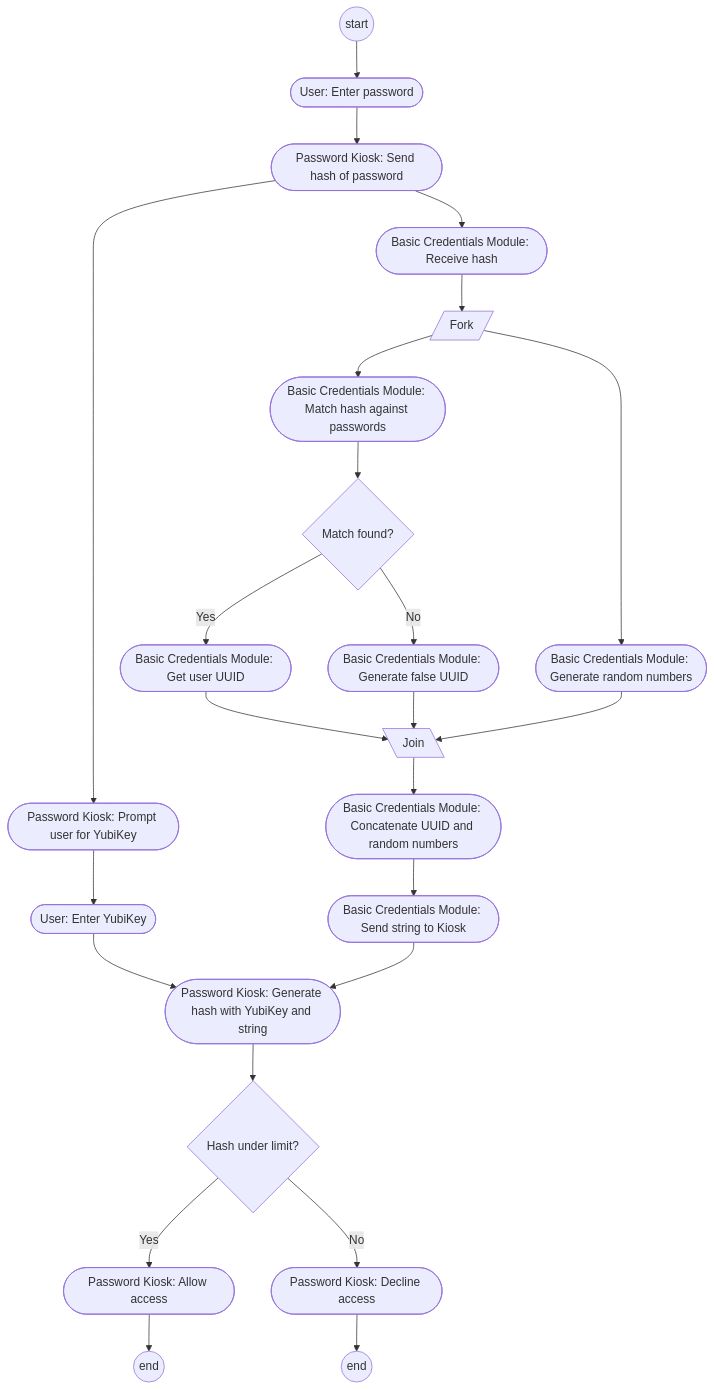
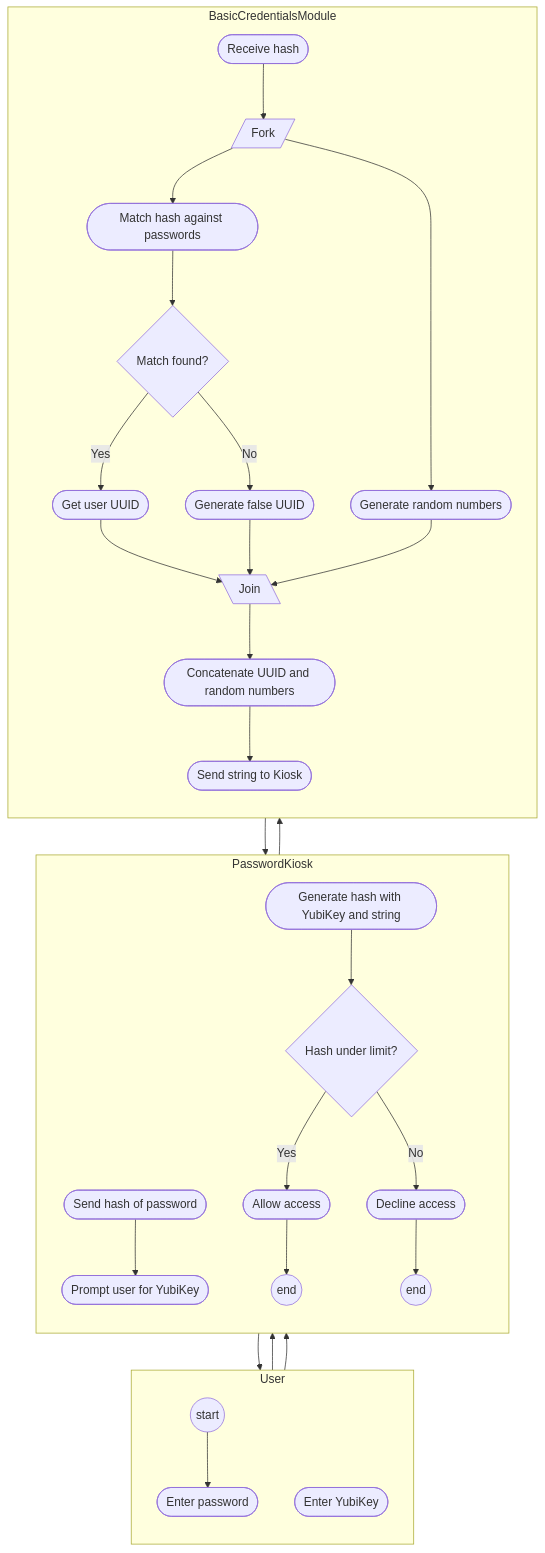
Before and after one commit to sharzilnfz/471: the diagram in study_materials/02_Activity_Pentagon_Security.md, drawn with Mermaid. The commit also changed 8 other files, not shown here.

Commit message:
feat: rewrite all activity diagrams with proper swimlane subgraphs

````diff
--- a/study_materials/02_Activity_Pentagon_Security.md
+++ b/study_materials/02_Activity_Pentagon_Security.md
@@ -81,36 +81,68 @@
 ```mermaid
 graph TD
-    Start((start)) --> EnterPass([User: Enter password])
+    subgraph User
+        direction TB
+        Start((start))
+        EnterPass([Enter password])
+        EnterYubi([Enter YubiKey])
+    end
+    
+    subgraph PasswordKiosk
+        direction TB
+        SendHash([Send hash of password])
+        PromptYubi([Prompt user for YubiKey])
+        GenFinalHash([Generate hash with YubiKey and string])
+        LimitCheck{Hash under limit?}
+        AllowAccess([Allow access])
+        DeclineAccess([Decline access])
+        End1((end))
+        End2((end))
+    end
+    
+    subgraph BasicCredentialsModule
+        direction TB
+        RecvHash([Receive hash])
+        ForkNode[/ Fork /]
+        MatchHash([Match hash against passwords])
+        MatchDec{Match found?}
+        GetUUID([Get user UUID])
+        GenFalseUUID([Generate false UUID])
+        JoinNode[\ Join \]
+        GenRandom([Generate random numbers])
+        ConcatString([Concatenate UUID and random numbers])
+        SendString([Send string to Kiosk])
+    end
 
-    EnterPass --> SendHash([Password Kiosk: Send hash of password])
-    SendHash --> PromptYubi([Password Kiosk: Prompt user for YubiKey])
-    SendHash --> RecvHash([Basic Credentials Module: Receive hash])
-    PromptYubi --> EnterYubi([User: Enter YubiKey])
+    Start --> EnterPass
+    EnterPass --> SendHash
+    SendHash --> PromptYubi
+    SendHash --> RecvHash
+    PromptYubi --> EnterYubi
     
-    RecvHash --> ForkNode[/ Fork /]
+    RecvHash --> ForkNode
     
     %% Branch 1
-    ForkNode --> MatchHash([Basic Credentials Module: Match hash against passwords])
-    MatchHash --> MatchDec{Match found?}
-    MatchDec -->|Yes| GetUUID([Basic Credentials Module: Get user UUID])
-    MatchDec -->|No| GenFalseUUID([Basic Credentials Module: Generate false UUID])
-    GetUUID --> JoinNode[\ Join \]
+    ForkNode --> MatchHash
+    MatchHash --> MatchDec
+    MatchDec -->|Yes| GetUUID
+    MatchDec -->|No| GenFalseUUID
+    GetUUID --> JoinNode
     GenFalseUUID --> JoinNode
     
     %% Branch 2
-    ForkNode --> GenRandom([Basic Credentials Module: Generate random numbers])
+    ForkNode --> GenRandom
     GenRandom --> JoinNode
     
-    JoinNode --> ConcatString([Basic Credentials Module: Concatenate UUID and random numbers])
-    ConcatString --> SendString([Basic Credentials Module: Send string to Kiosk])
+    JoinNode --> ConcatString
+    ConcatString --> SendString
     
-    EnterYubi --> GenFinalHash([Password Kiosk: Generate hash with YubiKey and string])
+    EnterYubi --> GenFinalHash
     SendString --> GenFinalHash
     
-    GenFinalHash --> LimitCheck{Hash under limit?}
-    LimitCheck -->|Yes| AllowAccess([Password Kiosk: Allow access])
-    LimitCheck -->|No| DeclineAccess([Password Kiosk: Decline access])
+    GenFinalHash --> LimitCheck
+    LimitCheck -->|Yes| AllowAccess
+    LimitCheck -->|No| DeclineAccess
     
-    AllowAccess --> End1((end))
-    DeclineAccess --> End2((end))
+    AllowAccess --> End1
+    DeclineAccess --> End2
 ```
````
